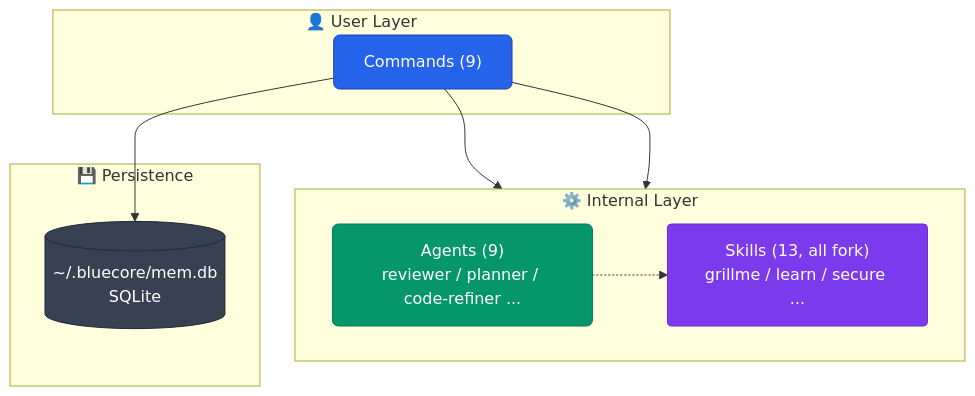
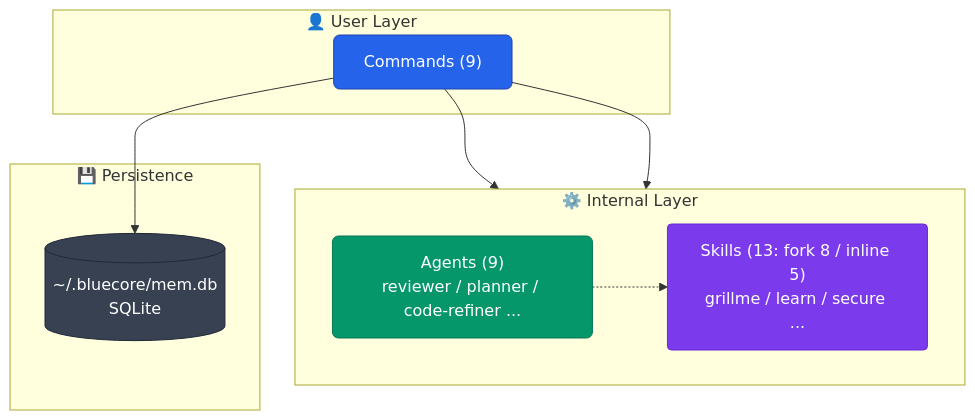
Before and after one commit to aokumablue/claq: diagram 12 of 12 in README.md, drawn with Mermaid. The commit also changed other lines of this file and 1 other file, not shown here.

Commit message:
fix(skills): grillme から context: fork を外す（fb3a8cf の適用漏れ）
fb3a8cf は「対話・承認・本文受渡を要する 5 skill から context: fork を外す」
と宣言し、削除対象の筆頭に grillme を挙げてその理由まで書いていた:

  grillme — 成果物がユーザーとの対話そのもの。バックグラウンドでは質問が
  通知に流れて回答が返らない。user-invocable: true のため /grillme が壊れる

しかし同コミットの diff が触ったのは adr / checkpoint / refactor-rollback /
secure の 4 件だけで、grillme/SKILL.md は変更されていなかった。実測でも
fork のままであり、SKILL.md 本文は「ユーザーの明示承認（「進めて」「OK」等）
取得」を工程に持つ。fork は既定でバックグラウンド実行され承認ゲートを
持てないため、/grillme は宣言どおり壊れた状態のままだった。

これで fork 8 件（learn / loop-audit / loop-dev / maintain / refactor-prep /
search / skill-make / skill-tune）、inline 5 件となり fb3a8cf の意図と一致する。

README も追随修正する:
- 構成図の「Skills (13, all fork)」は fb3a8cf 時点で既に偽（fork 8 / inline 5）
- 用語表の「fork コンテキストで委譲」を context 依存である旨へ修正

Claude-Session: https://claude.ai/code/session_01Kw2mo14wdpgGDn2n196mJw

````diff
--- a/README.md
+++ b/README.md
@@ -520,26 +520,26 @@
 ```mermaid
 flowchart TB
   classDef cmd    fill:#2563eb,stroke:#1e40af,color:#fff,rx:6
   classDef agent  fill:#059669,stroke:#047857,color:#fff,rx:6
   classDef skill  fill:#7c3aed,stroke:#6d28d9,color:#fff,rx:4
   classDef store  fill:#374151,stroke:#1f2937,color:#fff,rx:4
 
   subgraph user["👤 User Layer"]
     CMD["Commands (9)"]:::cmd
   end
 
   subgraph internal["⚙️ Internal Layer"]
     direction LR
     AGT["Agents (9)<br/>reviewer / planner / code-refiner ..."]:::agent
-    SKL["Skills (13, all fork)<br/>grillme / learn / secure ..."]:::skill
+    SKL["Skills (13: fork 8 / inline 5)<br/>grillme / learn / secure ..."]:::skill
   end
 
   subgraph persistence["💾 Persistence"]
     DB[("~/.bluecore/mem.db<br/>SQLite")]:::store
   end
 
   CMD --> AGT
   CMD --> SKL
   AGT -.-> SKL
   CMD --> DB
 ```
````
